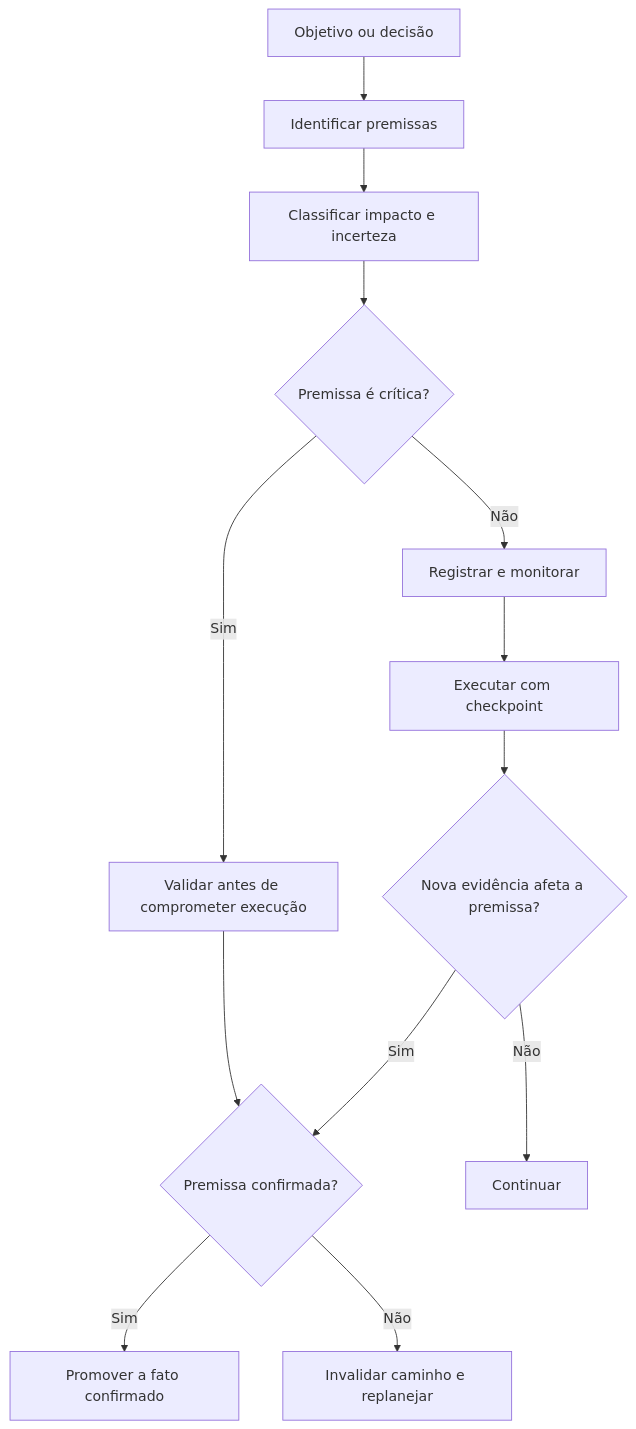
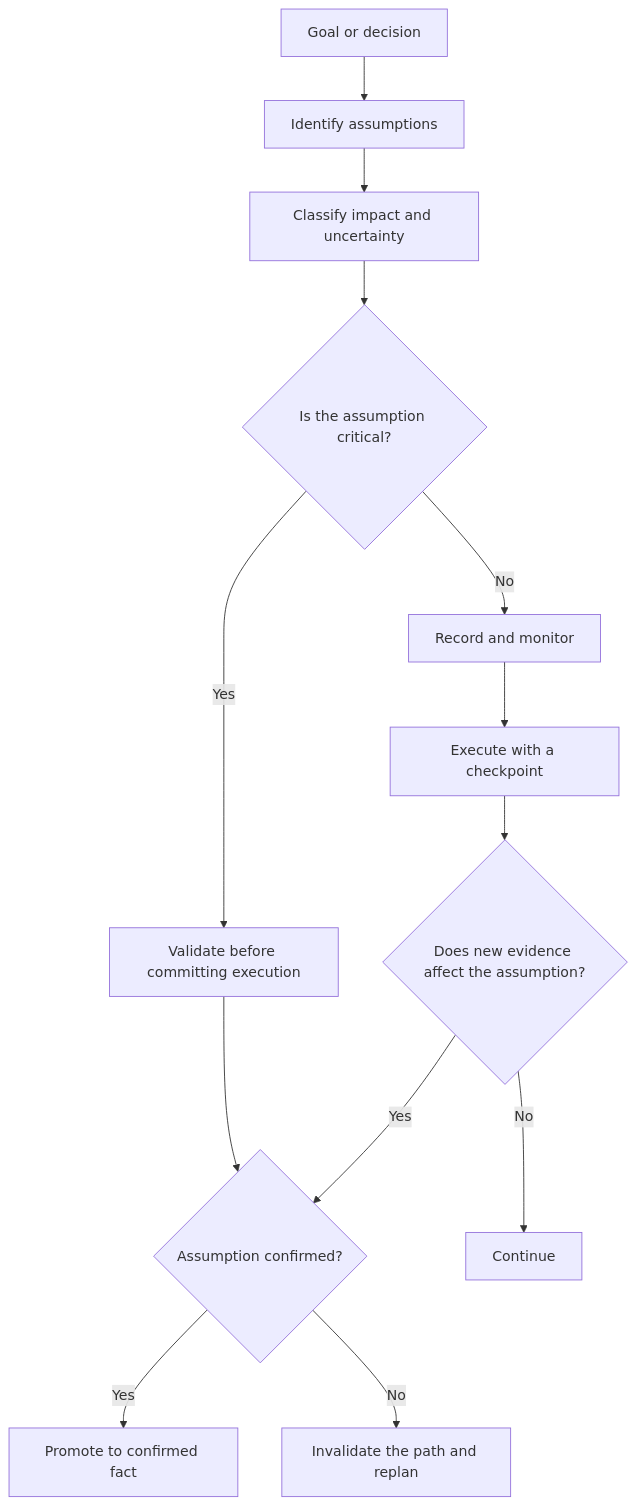
Before and after one commit to rpelizza/PelizzAI: the first of 4 diagrams in .claude/skills/pelizzai-reasoning/techniques/assumption-tracking.md, drawn with Mermaid. The commit also changed other lines of this file and 362 other files, not shown here.

````diff
--- a/.claude/skills/pelizzai-reasoning/techniques/assumption-tracking.md
+++ b/.claude/skills/pelizzai-reasoning/techniques/assumption-tracking.md
@@ -38,18 +38,18 @@
 ```mermaid
 flowchart TD
-    A[Objetivo ou decisão] --> B[Identificar premissas]
-    B --> C[Classificar impacto e incerteza]
-    C --> D{Premissa é crítica?}
+    A[Goal or decision] --> B[Identify assumptions]
+    B --> C[Classify impact and uncertainty]
+    C --> D{Is the assumption critical?}
 
-    D -- Sim --> E[Validar antes de comprometer execução]
-    D -- Não --> F[Registrar e monitorar]
+    D -- Yes --> E[Validate before committing execution]
+    D -- No --> F[Record and monitor]
 
-    E --> G{Premissa confirmada?}
-    G -- Sim --> H[Promover a fato confirmado]
-    G -- Não --> I[Invalidar caminho e replanejar]
+    E --> G{Assumption confirmed?}
+    G -- Yes --> H[Promote to confirmed fact]
+    G -- No --> I[Invalidate the path and replan]
 
-    F --> J[Executar com checkpoint]
-    J --> K{Nova evidência afeta a premissa?}
-    K -- Sim --> G
-    K -- Não --> L[Continuar]
+    F --> J[Execute with a checkpoint]
+    J --> K{Does new evidence affect the assumption?}
+    K -- Yes --> G
+    K -- No --> L[Continue]
 ```
````
